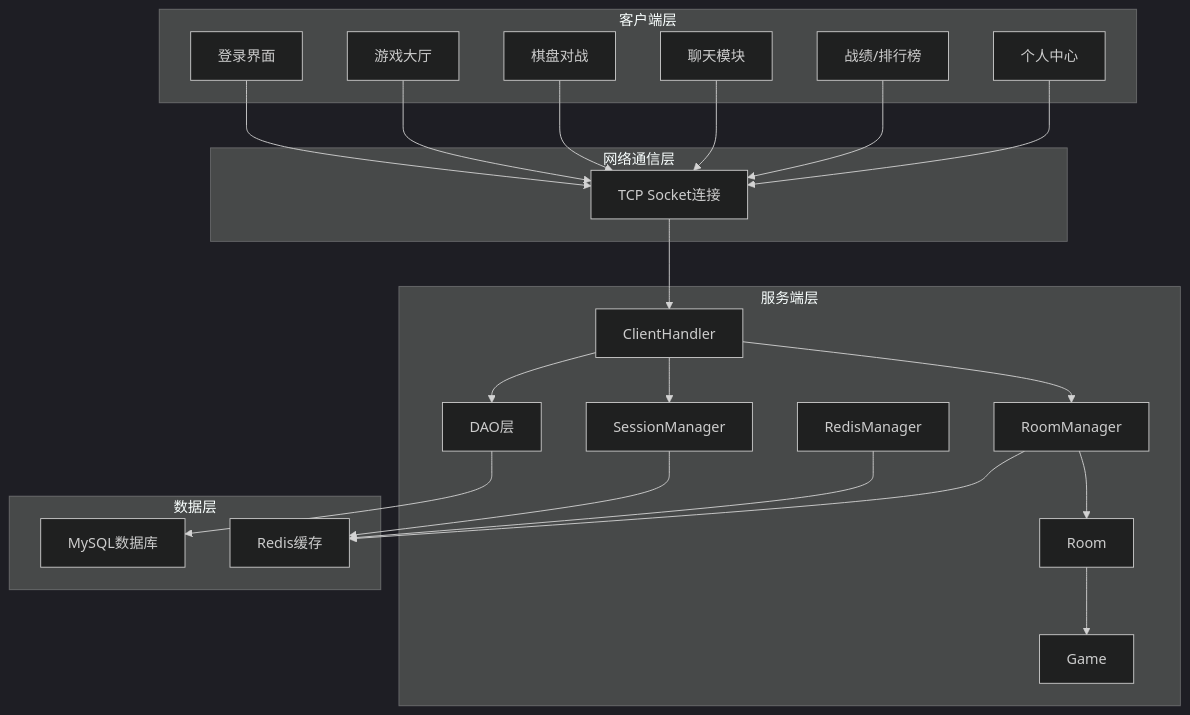
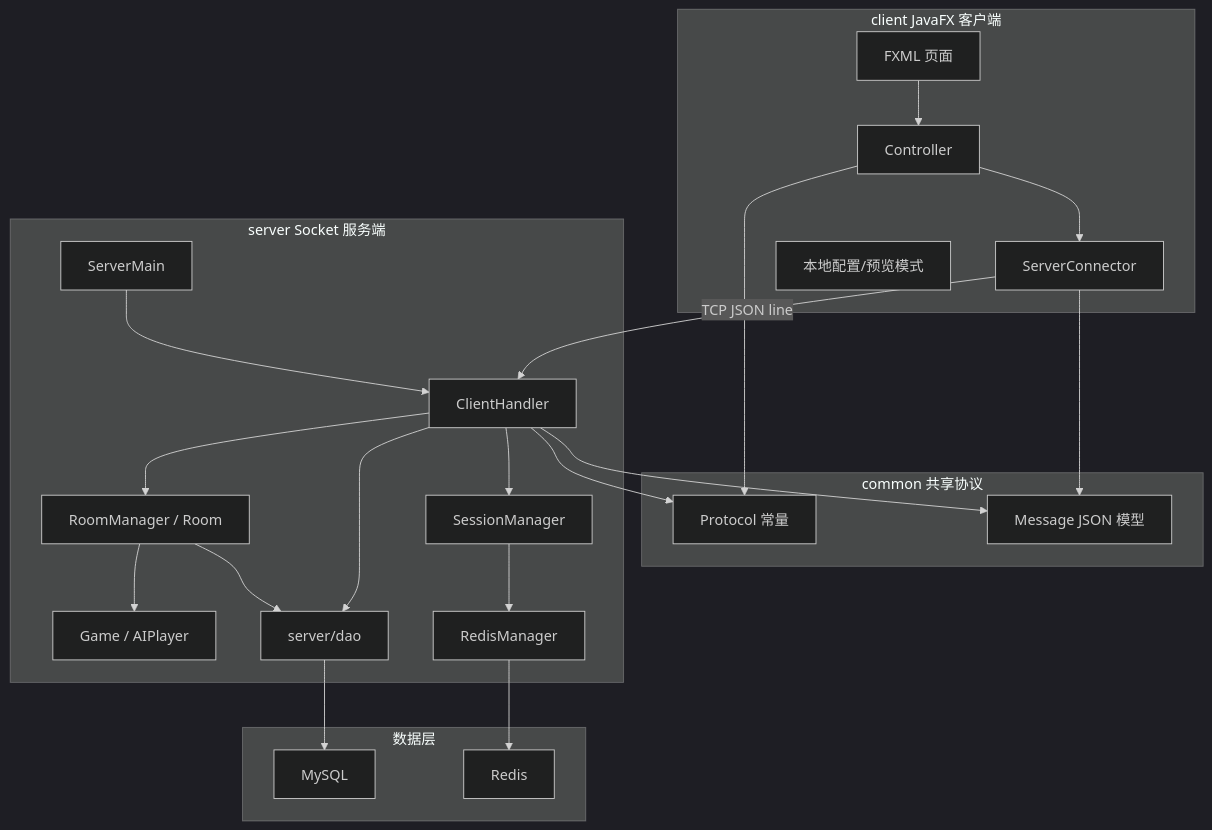
Before and after one commit to yznn007/Gomatch: the first of 3 diagrams in docs/TECHNICAL_ARCHITECTURE.md, drawn with Mermaid (dark theme). The commit also changed other lines of this file and 28 other files, not shown here.

````diff
--- a/docs/TECHNICAL_ARCHITECTURE.md
+++ b/docs/TECHNICAL_ARCHITECTURE.md
@@ -3,47 +7,45 @@
 ```mermaid
 flowchart TD
-    subgraph 客户端层
-        A[登录界面]
-        B[游戏大厅]
-        C[棋盘对战]
-        D[聊天模块]
-        E[战绩/排行榜]
-        F[个人中心]
+    subgraph Client[client JavaFX 客户端]
+        A[FXML 页面]
+        B[Controller]
+        C[ServerConnector]
+        D[本地配置/预览模式]
     end
 
-    subgraph 网络通信层
-        G[TCP Socket连接]
+    subgraph Common[common 共享协议]
+        E[Protocol 常量]
+        F[Message JSON 模型]
     end
 
-    subgraph 服务端层
+    subgraph Server[server Socket 服务端]
+        G[ServerMain]
         H[ClientHandler]
-        I[RoomManager]
-        J[Room]
-        K[Game]
-        L[SessionManager]
-        M[RedisManager]
-        N[DAO层]
+        I[RoomManager / Room]
+        J[Game / AIPlayer]
+        K[SessionManager]
+        L[RedisManager]
+        M[server/dao]
     end
 
-    subgraph 数据层
-        O[MySQL数据库]
-        P[Redis缓存]
+    subgraph Data[数据层]
+        N[MySQL]
+        O[Redis]
     end
 
-    A --> G
-    B --> G
-    C --> G
-    D --> G
-    E --> G
-    F --> G
+    A --> B --> C
+    C -->|TCP JSON line| H
+    B --> E
+    C --> F
+    H --> E
+    H --> F
     G --> H
     H --> I
-    H --> L
-    H --> N
     I --> J
-    J --> K
-    L --> P
-    N --> O
-    I --> P
-    M --> P
+    H --> K
+    K --> L
+    L --> O
+    H --> M
+    I --> M
+    M --> N
 ```
````
